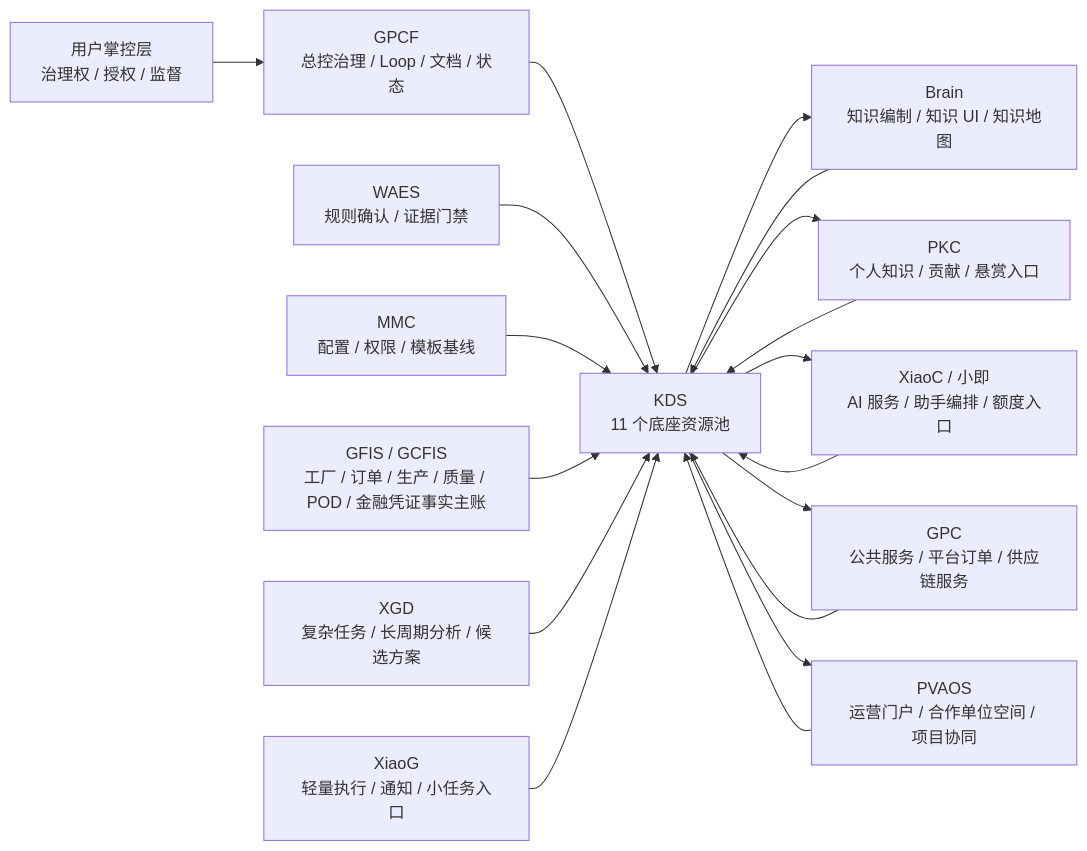
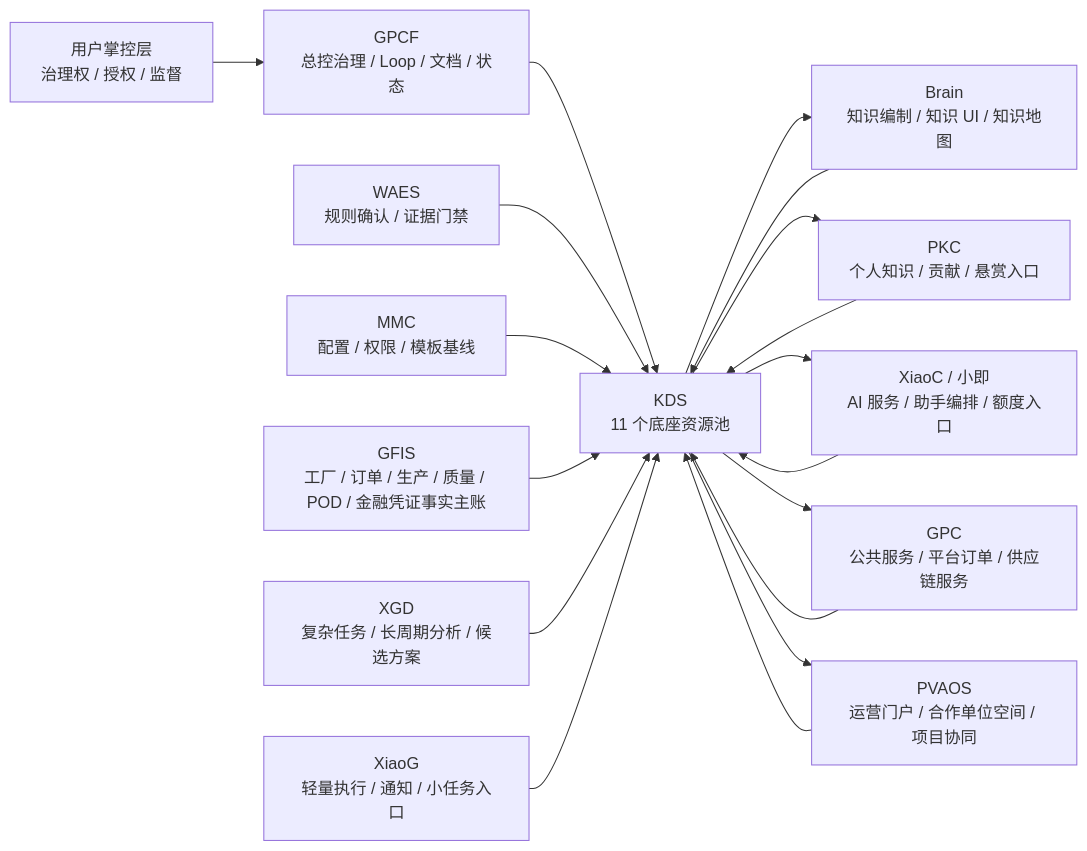
The diagram in .kds/development-space/开发/05-KDS/03-data-ai-knowledge/GlobalCloud项目群与分布式KDS关系总图.md (Jiumilu/GCGPCF), drawn with Mermaid before and after one commit. The commit also changed other lines of this file and 1405 other files, not shown here.

````diff
--- a/.kds/development-space/开发/05-KDS/03-data-ai-knowledge/GlobalCloud项目群与分布式KDS关系总图.md
+++ b/.kds/development-space/开发/05-KDS/03-data-ai-knowledge/GlobalCloud项目群与分布式KDS关系总图.md
@@ -37,21 +37,21 @@
 ```mermaid
 flowchart LR
   User["用户掌控层<br/>治理权 / 授权 / 监督"] --> GPCF["GPCF<br/>总控治理 / Loop / 文档 / 状态"]
   GPCF --> KDS["KDS<br/>11 个底座资源池"]
   WAES["WAES<br/>规则确认 / 证据门禁"] --> KDS
   MMC["MMC<br/>配置 / 权限 / 模板基线"] --> KDS
-  GFIS["GFIS / GCFIS<br/>工厂 / 订单 / 生产 / 质量 / POD / 金融凭证事实主账"] --> KDS
+  GFIS["GFIS<br/>工厂 / 订单 / 生产 / 质量 / POD / 金融凭证事实主账"] --> KDS
   GPC["GPC<br/>公共服务 / 平台订单 / 供应链服务"] --> KDS
   PVAOS["PVAOS<br/>运营门户 / 合作单位空间 / 项目协同"] --> KDS
   Brain["Brain<br/>知识编制 / 知识 UI / 知识地图"] --> KDS
   PKC["PKC<br/>个人知识 / 贡献 / 悬赏入口"] --> KDS
   XiaoC["XiaoC / 小即<br/>AI 服务 / 助手编排 / 额度入口"] --> KDS
   XGD["XGD<br/>复杂任务 / 长周期分析 / 候选方案"] --> KDS
   XiaoG["XiaoG<br/>轻量执行 / 通知 / 小任务入口"] --> KDS
 
   KDS --> Brain
   KDS --> PKC
   KDS --> XiaoC
   KDS --> GPC
   KDS --> PVAOS
 ```
````
